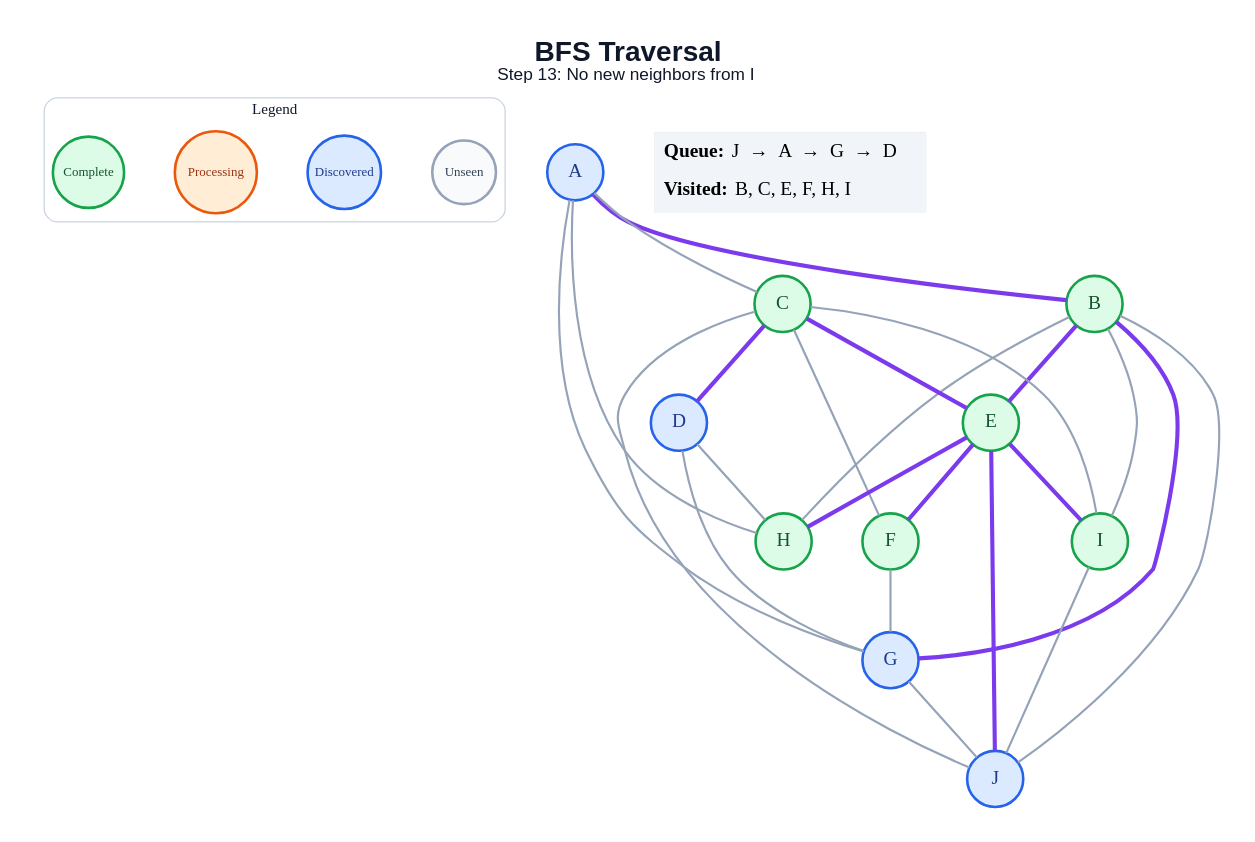
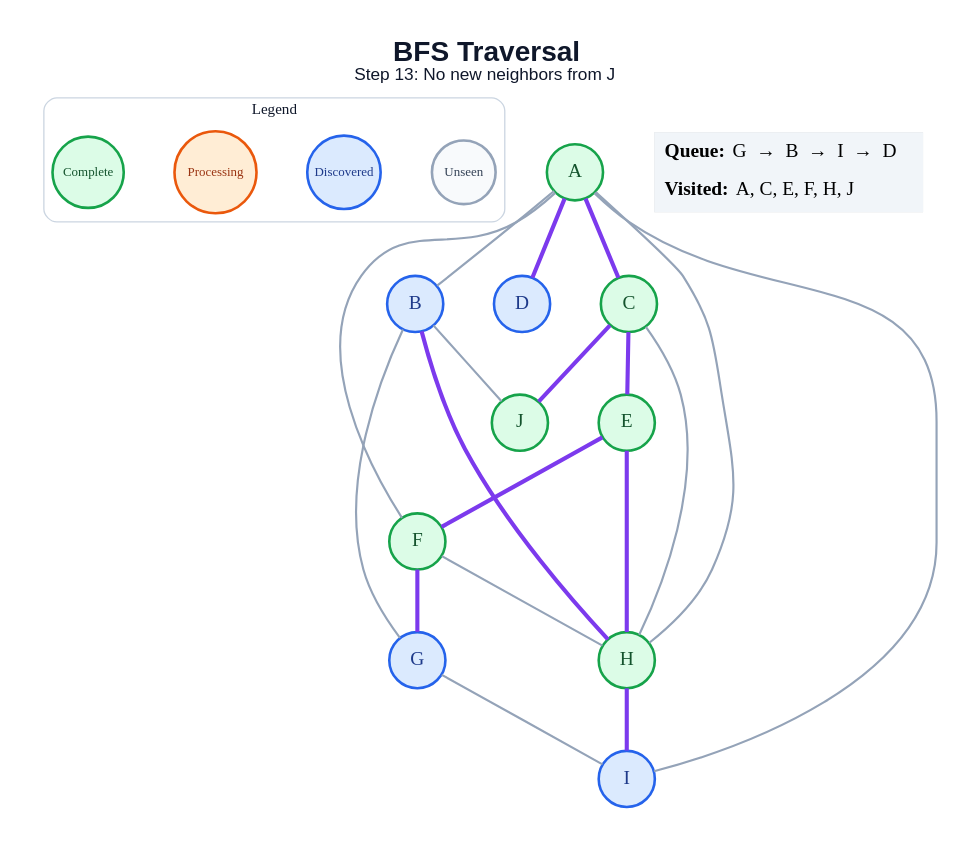
One commit to amanghodawala9/ai-slop changed the diagram in generated/specific-node/bfs/step_13.dot. Above: the diagram before and after it, drawn with Graphviz. The commit also changed 178 other files, not shown here.

```diff
--- a/generated/specific-node/bfs/step_13.dot
+++ b/generated/specific-node/bfs/step_13.dot
@@ -1,52 +1,47 @@
 graph traversal {
   graph [layout=dot, rankdir=TB, bgcolor="#FFFFFF", pad="0.35", nodesep="0.65", ranksep="0.8", fontname="Arial"];
   node [shape=circle, style="filled", fontname="Arial Bold", fontsize=18, width=0.72, fixedsize=true, penwidth=2.4];
   edge [color="#94A3B8", penwidth=2.0];
-  label=<<B>BFS Traversal</B><BR/><FONT POINT-SIZE="16">Step 13: No new neighbors from I</FONT>>; labelloc="t"; fontsize=26; fontname="Arial"; fontcolor="#0F172A";
+  label=<<B>BFS Traversal</B><BR/><FONT POINT-SIZE="16">Step 13: No new neighbors from J</FONT>>; labelloc="t"; fontsize=26; fontname="Arial"; fontcolor="#0F172A";
   subgraph cluster_legend { label="Legend"; color="#CBD5E1"; penwidth=1.2; style="rounded"; fontsize=14; fontname="Arial Bold";
     key_unseen [label="Unseen", fillcolor="#F8FAFC", color="#94A3B8", fontcolor="#334155", fontsize=12, width=0.82];
     key_frontier [label="Discovered", fillcolor="#DBEAFE", color="#2563EB", fontcolor="#1E3A8A", fontsize=12, width=0.95];
     key_current [label="Processing", fillcolor="#FFEDD5", color="#EA580C", fontcolor="#9A3412", fontsize=12, width=1.05];
     key_done [label="Complete", fillcolor="#DCFCE7", color="#16A34A", fontcolor="#14532D", fontsize=12, width=0.92];
     { rank=same; key_unseen; key_frontier; key_current; key_done; }
   }
-  A [fillcolor="#DBEAFE", color="#2563EB", fontcolor="#1E3A8A"];
-  B [fillcolor="#DCFCE7", color="#16A34A", fontcolor="#14532D"];
+  A [fillcolor="#DCFCE7", color="#16A34A", fontcolor="#14532D"];
+  B [fillcolor="#DBEAFE", color="#2563EB", fontcolor="#1E3A8A"];
   C [fillcolor="#DCFCE7", color="#16A34A", fontcolor="#14532D"];
   D [fillcolor="#DBEAFE", color="#2563EB", fontcolor="#1E3A8A"];
   E [fillcolor="#DCFCE7", color="#16A34A", fontcolor="#14532D"];
   F [fillcolor="#DCFCE7", color="#16A34A", fontcolor="#14532D"];
   G [fillcolor="#DBEAFE", color="#2563EB", fontcolor="#1E3A8A"];
   H [fillcolor="#DCFCE7", color="#16A34A", fontcolor="#14532D"];
-  I [fillcolor="#DCFCE7", color="#16A34A", fontcolor="#14532D"];
-  J [fillcolor="#DBEAFE", color="#2563EB", fontcolor="#1E3A8A"];
-  A -- B [color="#7C3AED", penwidth=3.8];
-  A -- C;
-  A -- G;
+  I [fillcolor="#DBEAFE", color="#2563EB", fontcolor="#1E3A8A"];
+  J [fillcolor="#DCFCE7", color="#16A34A", fontcolor="#14532D"];
+  A -- B;
+  A -- C [color="#7C3AED", penwidth=3.8];
+  A -- D [color="#7C3AED", penwidth=3.8];
+  A -- F;
   A -- H;
-  B -- E [color="#7C3AED", penwidth=3.8];
-  B -- G [color="#7C3AED", penwidth=3.8];
-  B -- H;
-  B -- I;
+  A -- I;
+  B -- G;
+  B -- H [color="#7C3AED", penwidth=3.8];
   B -- J;
-  C -- D [color="#7C3AED", penwidth=3.8];
   C -- E [color="#7C3AED", penwidth=3.8];
-  C -- F;
-  C -- I;
-  C -- J;
-  D -- G;
-  D -- H;
+  C -- H;
+  C -- J [color="#7C3AED", penwidth=3.8];
   E -- F [color="#7C3AED", penwidth=3.8];
   E -- H [color="#7C3AED", penwidth=3.8];
-  E -- I [color="#7C3AED", penwidth=3.8];
-  E -- J [color="#7C3AED", penwidth=3.8];
-  F -- G;
-  G -- J;
-  I -- J;
+  F -- G [color="#7C3AED", penwidth=3.8];
+  F -- H;
+  G -- I;
+  H -- I [color="#7C3AED", penwidth=3.8];
   status [shape=plain, fixedsize=false, width=0, height=0, margin=0, label=<
     <TABLE BORDER="0" CELLBORDER="0" CELLPADDING="7" BGCOLOR="#F1F5F9">
-      <TR><TD ALIGN="LEFT"><B>Queue:</B> J  →  A  →  G  →  D</TD></TR>
-      <TR><TD ALIGN="LEFT"><B>Visited:</B> B, C, E, F, H, I</TD></TR>
+      <TR><TD ALIGN="LEFT"><B>Queue:</B> G  →  B  →  I  →  D</TD></TR>
+      <TR><TD ALIGN="LEFT"><B>Visited:</B> A, C, E, F, H, J</TD></TR>
     </TABLE>
   >];
 }
```
